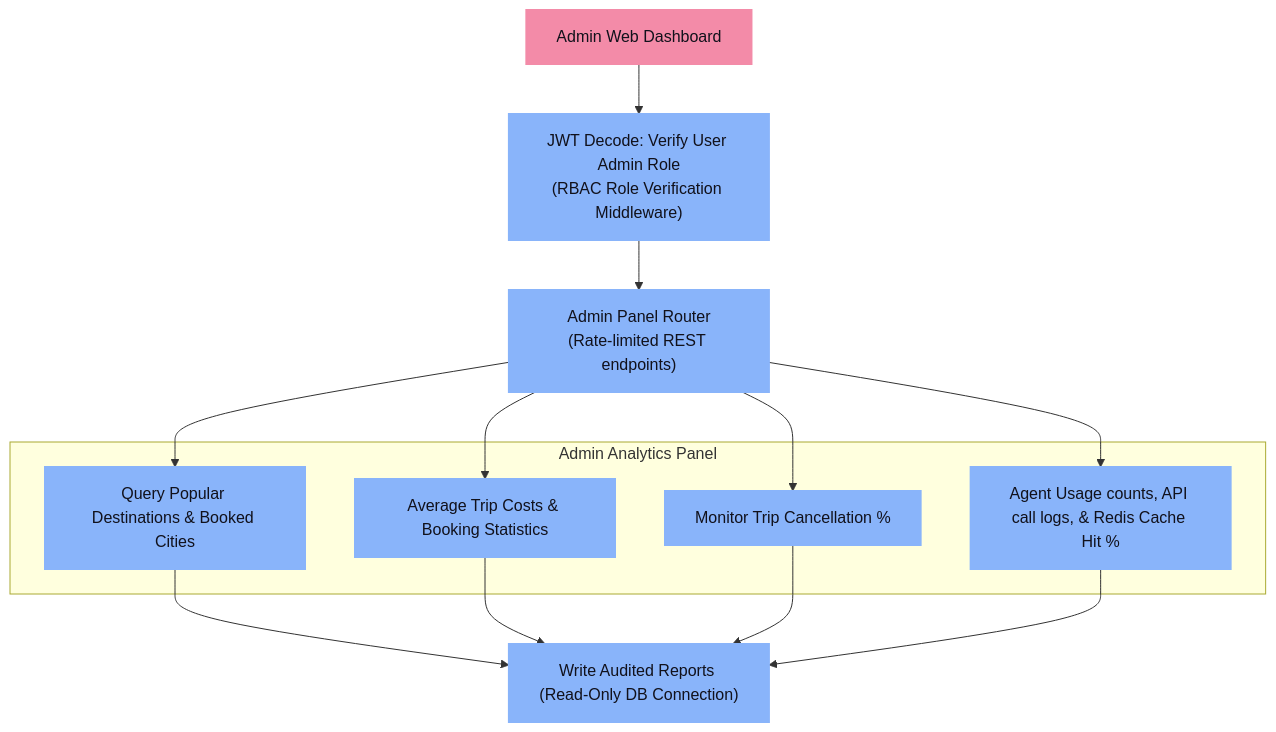
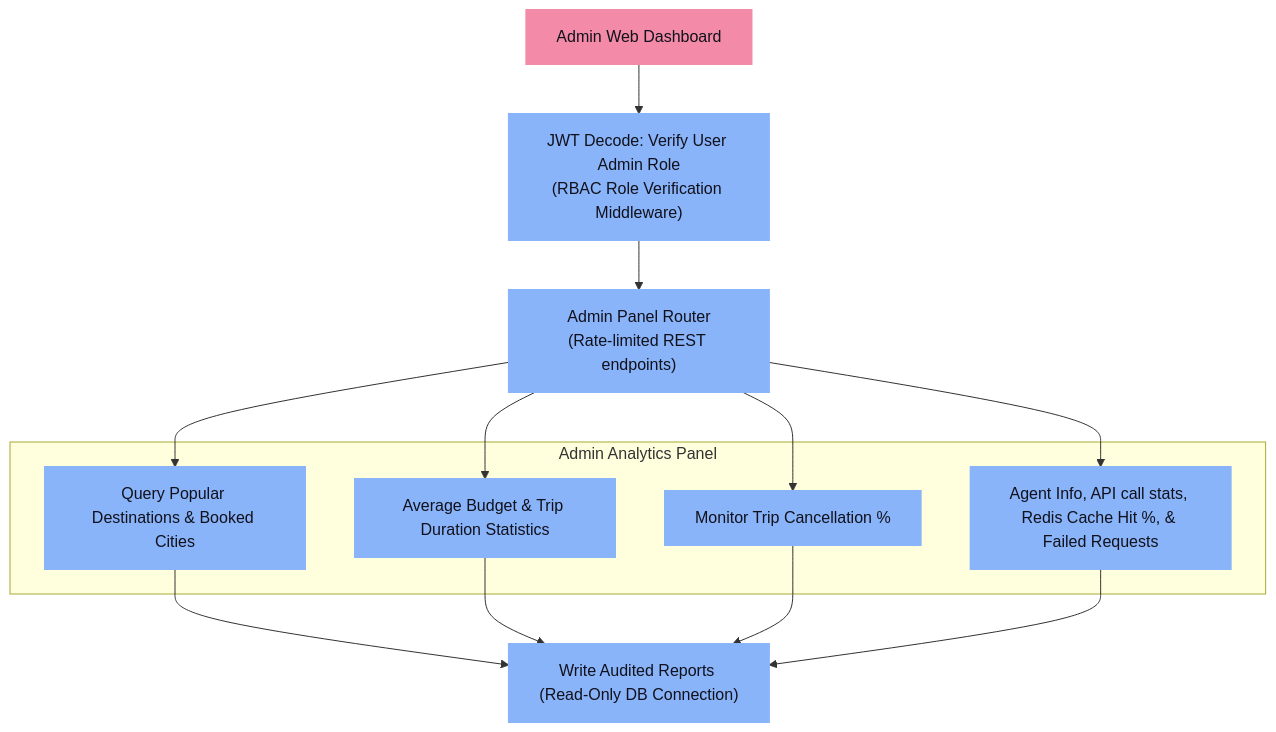
The second of 5 diagrams in README.md (Dhayananth1511/CapStoneProject_Presidio_InternShip), drawn with Mermaid before and after one commit. The commit also changed other lines of this file, not shown here.

Commit message:
Flow chart updated

````diff
--- a/README.md
+++ b/README.md
@@ -105,27 +115,27 @@
 ```mermaid
 graph TD
     classDef default fill:#1e1e2e,stroke:#cdd6f4,stroke-width:2px,color:#cdd6f4;
     classDef startEnd fill:#a6e3a1,stroke:#a6e3a1,stroke-width:2px,color:#11111b;
     classDef process fill:#89b4fa,stroke:#89b4fa,stroke-width:2px,color:#11111b;
     classDef admin fill:#f38ba8,stroke:#f38ba8,stroke-width:2px,color:#11111b;
 
     Admin["Admin Web Dashboard"]:::admin --> Auth["JWT Decode: Verify User Admin Role<br/>(RBAC Role Verification Middleware)"]:::process
     Auth --> DashboardREST["Admin Panel Router<br/>(Rate-limited REST endpoints)"]:::process
     
     subgraph Metrics ["Admin Analytics Panel"]
         PopularDest["Query Popular Destinations & Booked Cities"]:::process
-        Stats["Average Trip Costs & Booking Statistics"]:::process
+        Stats["Average Budget & Trip Duration Statistics"]:::process
         CancelRate["Monitor Trip Cancellation %"]:::process
-        Telemetry["Agent Usage counts, API call logs, & Redis Cache Hit %"]:::process
+        Telemetry["Agent Info, API call stats, Redis Cache Hit %, & Failed Requests"]:::process
     end
     
     DashboardREST --> PopularDest
     DashboardREST --> Stats
     DashboardREST --> CancelRate
     DashboardREST --> Telemetry
     
     PopularDest --> Audit["Write Audited Reports (Read-Only DB Connection)"]:::process
     Stats --> Audit
     CancelRate --> Audit
     Telemetry --> Audit
 ```
````
